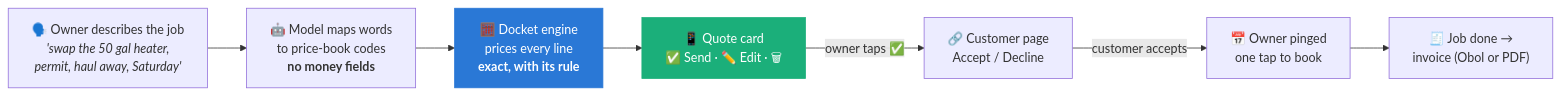
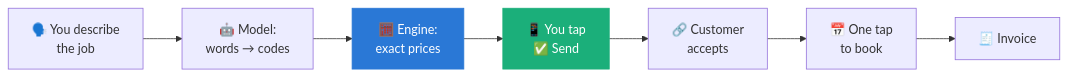
Before and after one commit to MKempler/docket: the diagram in README.md, drawn with Mermaid. The commit also changed other lines of this file, not shown here.

Commit message:
README: tighter how-it-works diagram, table header

````diff
--- a/README.md
+++ b/README.md
@@ -83,11 +83,11 @@
 ```mermaid
 flowchart LR
-    A["🗣️ Owner describes the job<br/><i>'swap the 50 gal heater,<br/>permit, haul away, Saturday'</i>"] --> B["🤖 Model maps words<br/>to price-book codes<br/><b>no money fields</b>"]
-    B --> C["🧮 Docket engine<br/>prices every line<br/><b>exact, with its rule</b>"]
-    C --> D["📱 Quote card<br/>✅ Send · ✏️ Edit · 🗑"]
-    D -->|"owner taps ✅"| E["🔗 Customer page<br/>Accept / Decline"]
-    E -->|"customer accepts"| F["📅 Owner pinged<br/>one tap to book"]
-    F --> G["🧾 Job done →<br/>invoice (Obol or PDF)"]
+    A["🗣️ You describe<br/>the job"] --> B["🤖 Model:<br/>words → codes"]
+    B --> C["🧮 Engine:<br/>exact prices"]
+    C --> D["📱 You tap<br/>✅ Send"]
+    D --> E["🔗 Customer<br/>accepts"]
+    E --> F["📅 One tap<br/>to book"]
+    F --> G["🧾 Invoice"]
     style C fill:#2a78d6,color:#fff,stroke:#2a78d6
     style D fill:#1baf7a,color:#fff,stroke:#1baf7a
 ```
````
